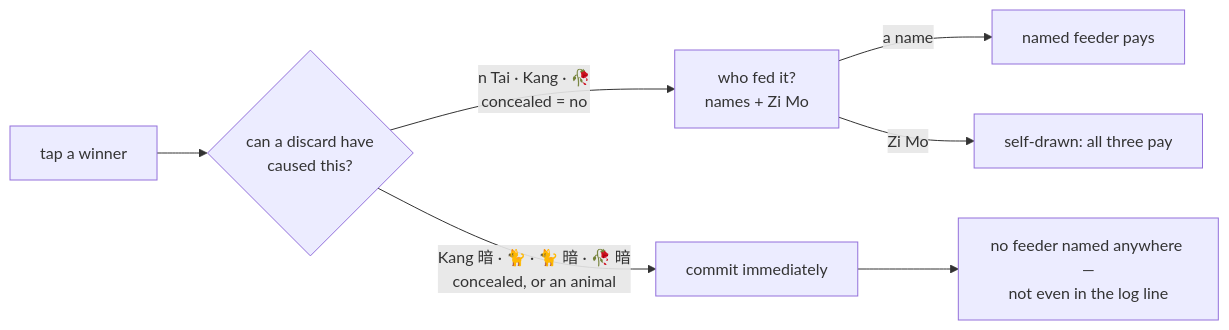
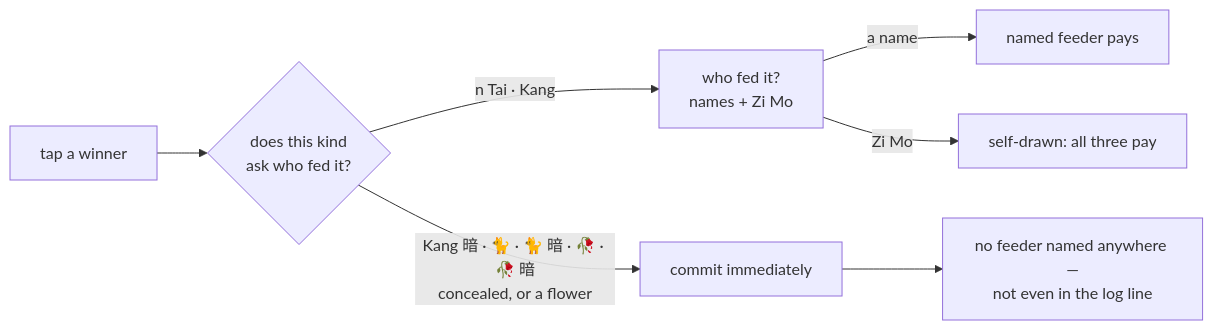
One commit to jonkoong/SGMahjongCalcTele changed the second of 7 diagrams in docs/flow.md. Above: the diagram before and after it, drawn with Mermaid. The commit also changed other lines of this file and 23 other files, not shown here.

````diff
--- a/docs/flow.md
+++ b/docs/flow.md
@@ -86,9 +96,9 @@
 ```mermaid
 flowchart LR
-    T["tap a winner"] --> Q{"can a discard have<br/>caused this?"}
-    Q -->|"n Tai · Kang · 🥀<br/>concealed = no"| P["who fed it?<br/>names + Zi Mo"]
-    Q -->|"Kang 暗 · 🐈 · 🐈 暗 · 🥀 暗<br/>concealed, or an animal"| C["commit immediately"]
+    T["tap a winner"] --> Q{"does this kind<br/>ask who fed it?"}
+    Q -->|"n Tai · Kang"| P["who fed it?<br/>names + Zi Mo"]
+    Q -->|"Kang 暗 · 🐈 · 🐈 暗 · 🥀 · 🥀 暗<br/>concealed, or a flower"| C["commit immediately"]
     P -->|"a name"| N1["named feeder pays"]
     P -->|"Zi Mo"| N2["self-drawn: all three pay"]
     C --> N3["no feeder named anywhere —<br/>not even in the log line"]
 ```
````
